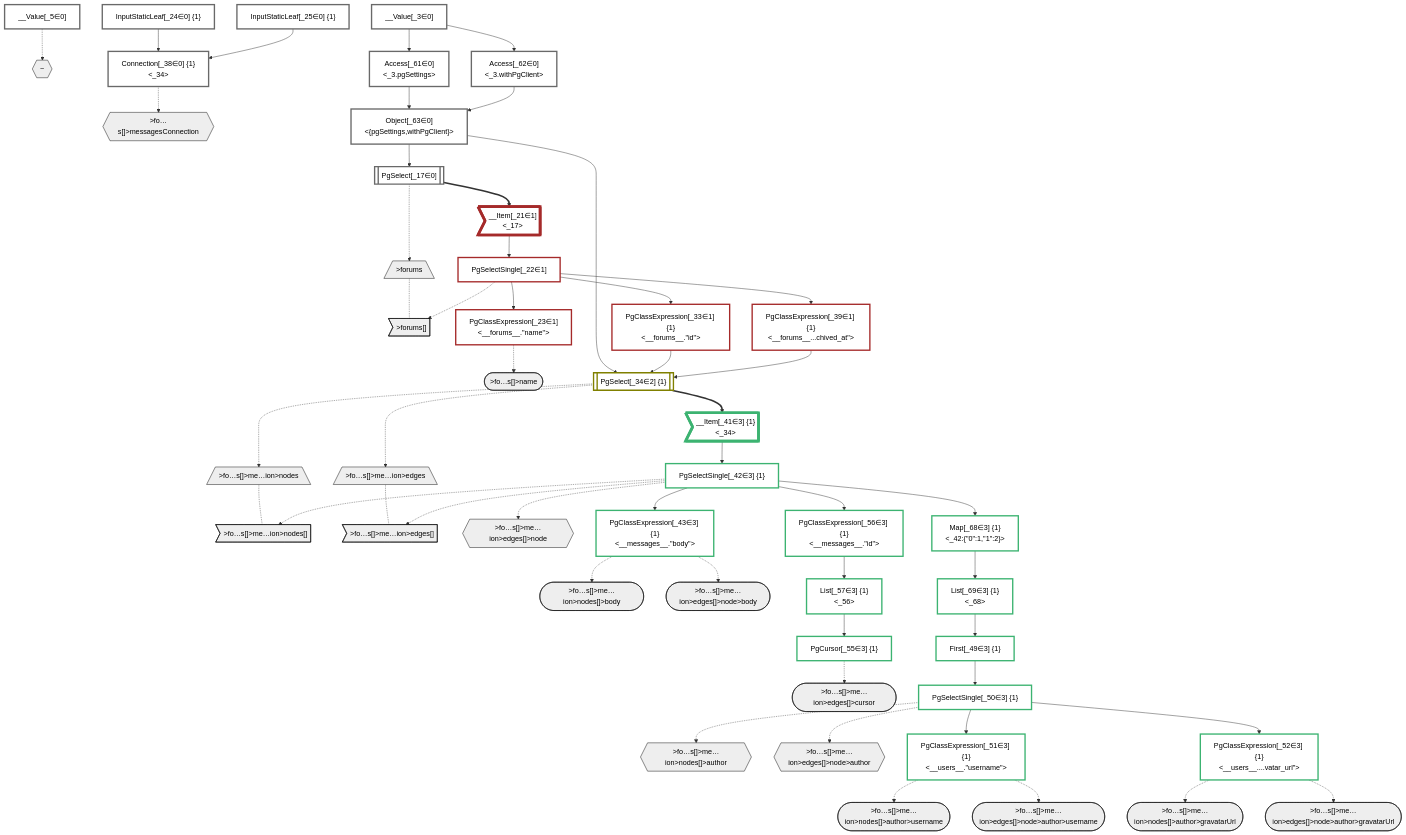
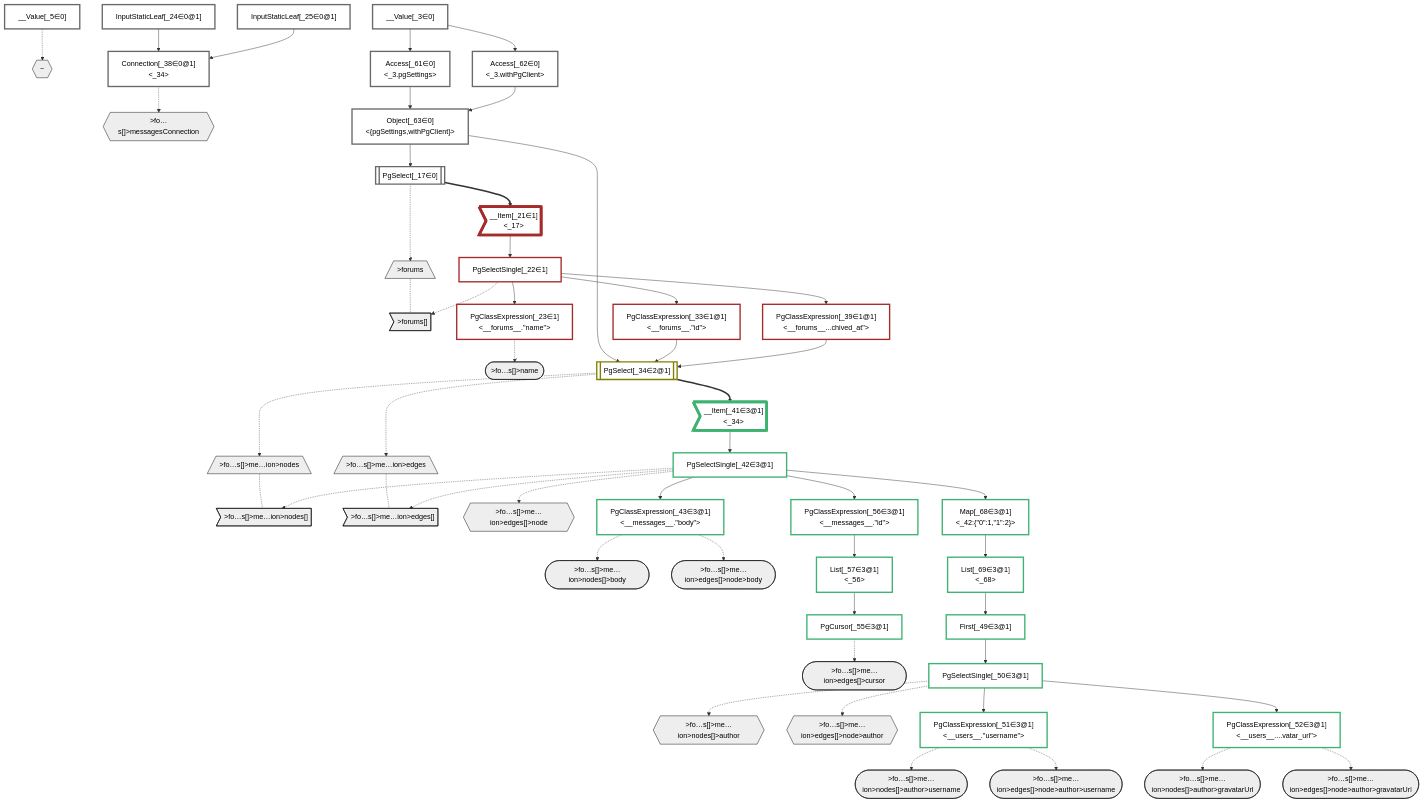
The diagram in packages/dataplan-pg/__tests__/queries/conditions/archived-forum-inherited-messages.defer-1.mermaid.md (graphile/crystal), drawn with Mermaid before and after one commit. The commit also changed 41 other files, not shown here.

Commit message:
New mermaid output with primary group IDs

```diff
--- a/packages/dataplan-pg/__tests__/queries/conditions/archived-forum-inherited-messages.defer-1.mermaid.md
+++ b/packages/dataplan-pg/__tests__/queries/conditions/archived-forum-inherited-messages.defer-1.mermaid.md
@@ -52,27 +52,27 @@
     __Item_21>"__Item[_21∈1]<br /><_17>"]:::itemplan
     PgSelectSingle_22["PgSelectSingle[_22∈1]<br /><forums>"]:::plan
     PgClassExpression_23["PgClassExpression[_23∈1]<br /><__forums__.#quot;name#quot;>"]:::plan
-    InputStaticLeaf_24["InputStaticLeaf[_24∈0] {1}"]:::plan
-    InputStaticLeaf_25["InputStaticLeaf[_25∈0] {1}"]:::plan
-    PgClassExpression_33["PgClassExpression[_33∈1] {1}<br /><__forums__.#quot;id#quot;>"]:::plan
-    PgSelect_34[["PgSelect[_34∈2] {1}<br /><messages>"]]:::plan
-    Connection_38["Connection[_38∈0] {1}<br /><_34>"]:::plan
-    PgClassExpression_39["PgClassExpression[_39∈1] {1}<br /><__forums__...chived_at#quot;>"]:::plan
-    __Item_41>"__Item[_41∈3] {1}<br /><_34>"]:::itemplan
-    PgSelectSingle_42["PgSelectSingle[_42∈3] {1}<br /><messages>"]:::plan
-    PgClassExpression_43["PgClassExpression[_43∈3] {1}<br /><__messages__.#quot;body#quot;>"]:::plan
-    First_49["First[_49∈3] {1}"]:::plan
-    PgSelectSingle_50["PgSelectSingle[_50∈3] {1}<br /><users>"]:::plan
-    PgClassExpression_51["PgClassExpression[_51∈3] {1}<br /><__users__.#quot;username#quot;>"]:::plan
-    PgClassExpression_52["PgClassExpression[_52∈3] {1}<br /><__users__....vatar_url#quot;>"]:::plan
-    PgCursor_55["PgCursor[_55∈3] {1}"]:::plan
-    PgClassExpression_56["PgClassExpression[_56∈3] {1}<br /><__messages__.#quot;id#quot;>"]:::plan
-    List_57["List[_57∈3] {1}<br /><_56>"]:::plan
+    InputStaticLeaf_24["InputStaticLeaf[_24∈0@1]"]:::plan
+    InputStaticLeaf_25["InputStaticLeaf[_25∈0@1]"]:::plan
+    PgClassExpression_33["PgClassExpression[_33∈1@1]<br /><__forums__.#quot;id#quot;>"]:::plan
+    PgSelect_34[["PgSelect[_34∈2@1]<br /><messages>"]]:::plan
+    Connection_38["Connection[_38∈0@1]<br /><_34>"]:::plan
+    PgClassExpression_39["PgClassExpression[_39∈1@1]<br /><__forums__...chived_at#quot;>"]:::plan
+    __Item_41>"__Item[_41∈3@1]<br /><_34>"]:::itemplan
+    PgSelectSingle_42["PgSelectSingle[_42∈3@1]<br /><messages>"]:::plan
+    PgClassExpression_43["PgClassExpression[_43∈3@1]<br /><__messages__.#quot;body#quot;>"]:::plan
+    First_49["First[_49∈3@1]"]:::plan
+    PgSelectSingle_50["PgSelectSingle[_50∈3@1]<br /><users>"]:::plan
+    PgClassExpression_51["PgClassExpression[_51∈3@1]<br /><__users__.#quot;username#quot;>"]:::plan
+    PgClassExpression_52["PgClassExpression[_52∈3@1]<br /><__users__....vatar_url#quot;>"]:::plan
+    PgCursor_55["PgCursor[_55∈3@1]"]:::plan
+    PgClassExpression_56["PgClassExpression[_56∈3@1]<br /><__messages__.#quot;id#quot;>"]:::plan
+    List_57["List[_57∈3@1]<br /><_56>"]:::plan
     Access_61["Access[_61∈0]<br /><_3.pgSettings>"]:::plan
     Access_62["Access[_62∈0]<br /><_3.withPgClient>"]:::plan
     Object_63["Object[_63∈0]<br /><{pgSettings,withPgClient}>"]:::plan
-    Map_68["Map[_68∈3] {1}<br /><_42:{#quot;0#quot;:1,#quot;1#quot;:2}>"]:::plan
-    List_69["List[_69∈3] {1}<br /><_68>"]:::plan
+    Map_68["Map[_68∈3@1]<br /><_42:{#quot;0#quot;:1,#quot;1#quot;:2}>"]:::plan
+    List_69["List[_69∈3@1]<br /><_68>"]:::plan
 
     %% plan dependencies
     Object_63 --> PgSelect_17
```
